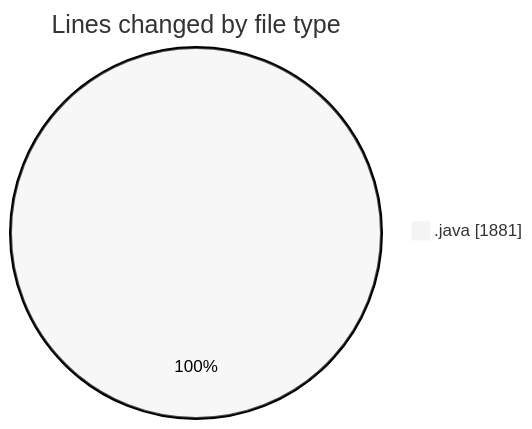
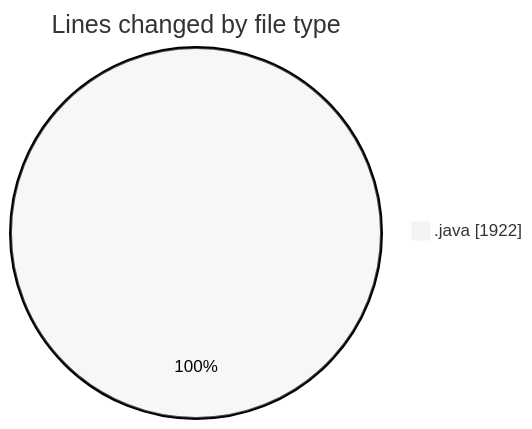
Before and after one commit to ricardozamudiocil/code-tracking: the first of 2 diagrams in 2026-04-23/cilapp/README.md, drawn with Mermaid (neutral theme). The commit also changed other lines of this file and 1 other file, not shown here.

````diff
--- a/2026-04-23/cilapp/README.md
+++ b/2026-04-23/cilapp/README.md
@@ -30,5 +30,5 @@
 ```mermaid
 pie showData
 title Lines changed by file type
-".java" : 1881
+".java" : 1922
 ```
````
